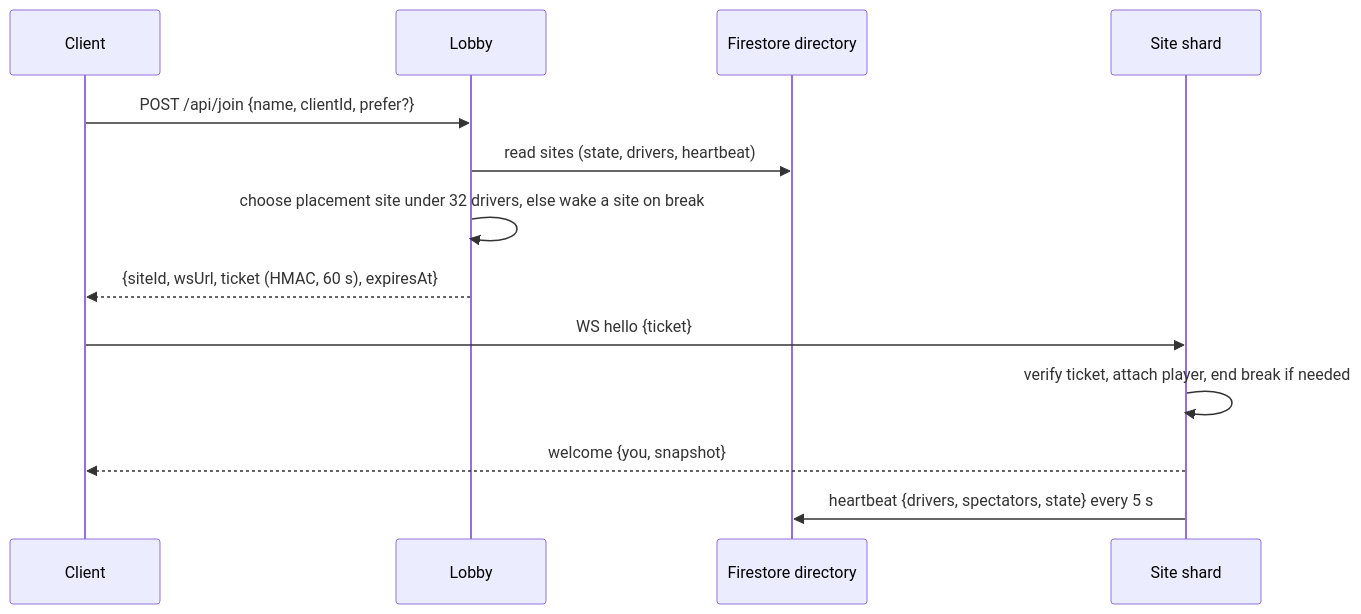
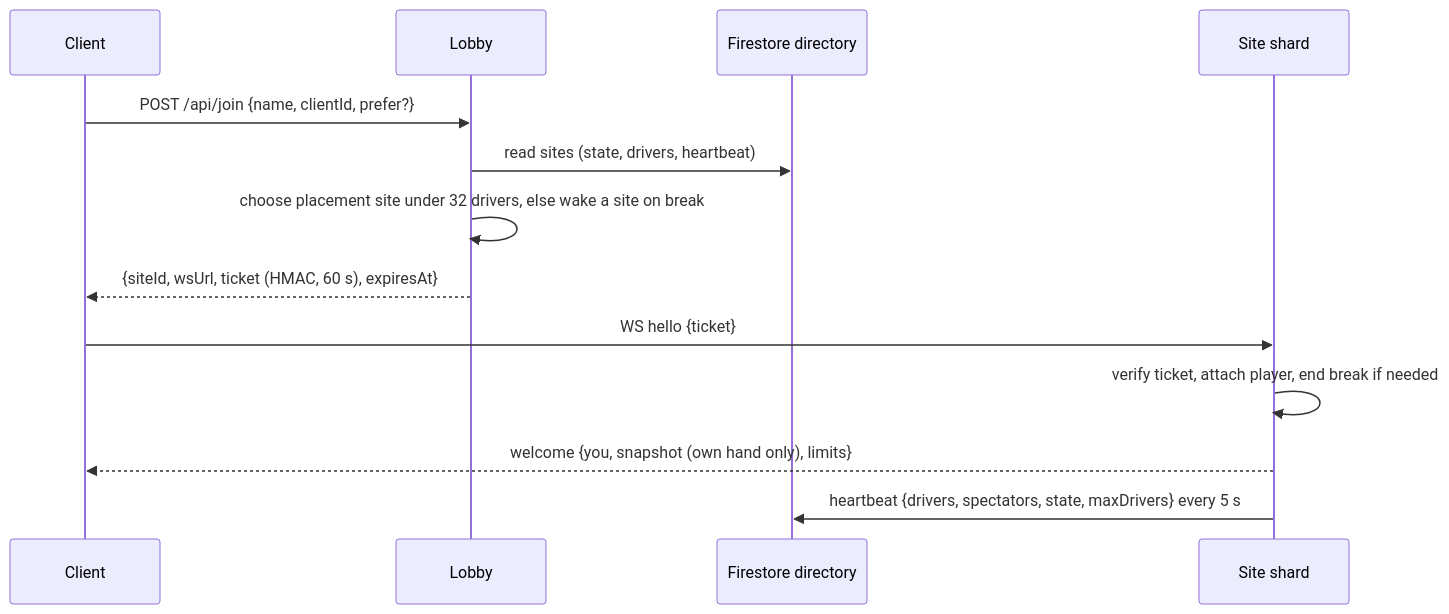
Before and after one commit to davenportjw/freightfloor: the second of 3 diagrams in docs/architecture.md, drawn with Mermaid. The commit also changed other lines of this file and 76 other files, not shown here.

````diff
--- a/docs/architecture.md
+++ b/docs/architecture.md
@@ -49,15 +49,15 @@
 ```mermaid
 sequenceDiagram
   participant C as Client
   participant L as Lobby
   participant F as Firestore directory
   participant S as Site shard
   C->>L: POST /api/join {name, clientId, prefer?}
   L->>F: read sites (state, drivers, heartbeat)
   L->>L: choose placement site under 32 drivers, else wake a site on break
   L-->>C: {siteId, wsUrl, ticket (HMAC, 60 s), expiresAt}
   C->>S: WS hello {ticket}
   S->>S: verify ticket, attach player, end break if needed
-  S-->>C: welcome {you, snapshot}
-  S->>F: heartbeat {drivers, spectators, state} every 5 s
+  S-->>C: welcome {you, snapshot (own hand only), limits}
+  S->>F: heartbeat {drivers, spectators, state, maxDrivers} every 5 s
 ```
````
